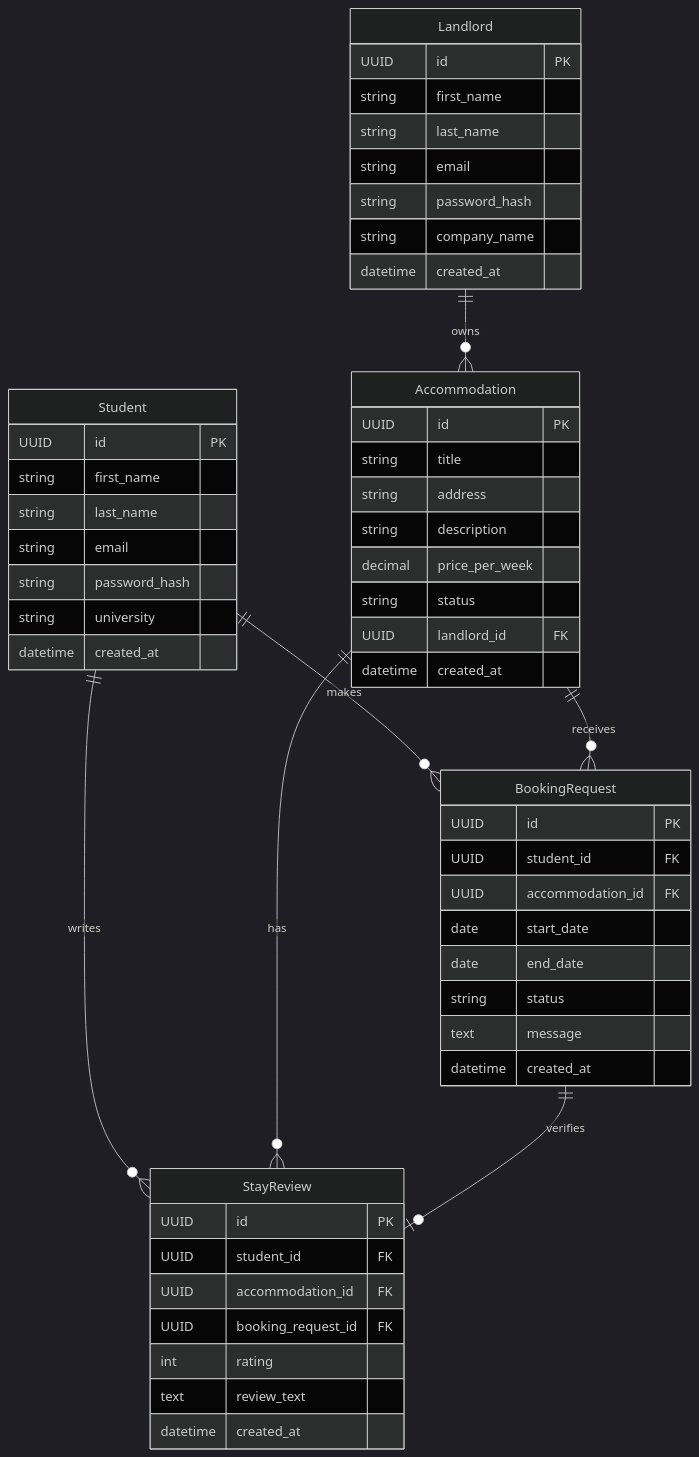
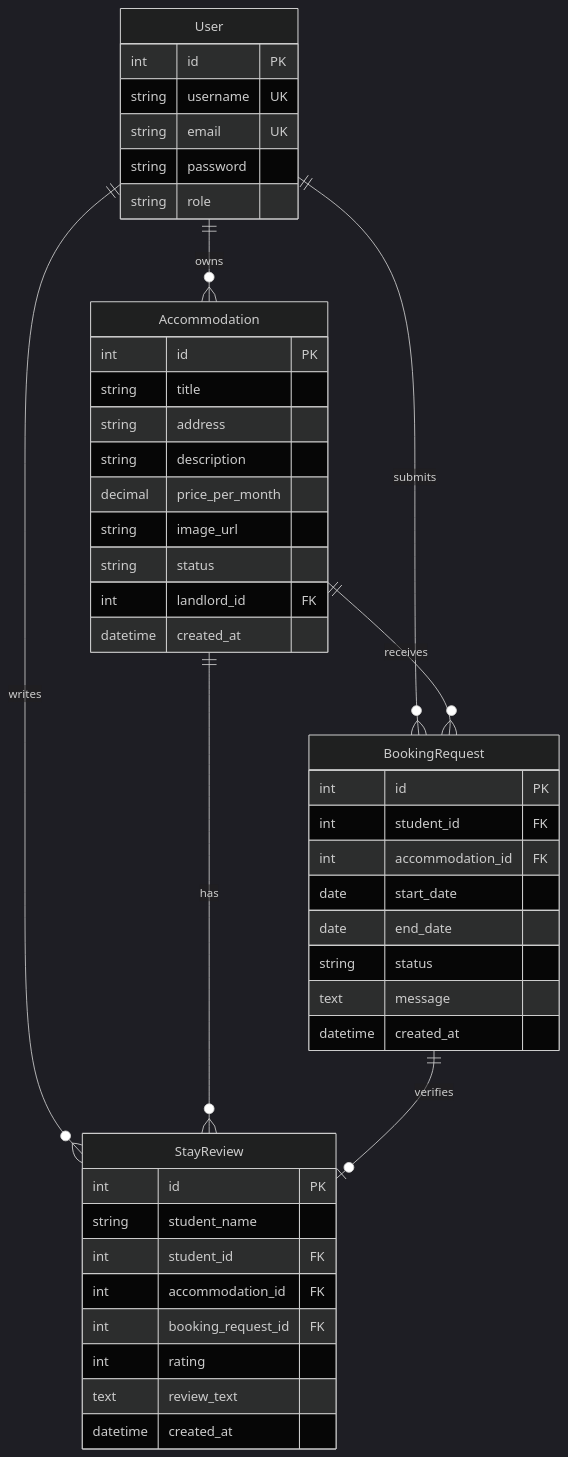
Before and after one commit to KadianR/comp3613a1: the diagram in docs/report.md, drawn with Mermaid (dark theme). The commit also changed other lines of this file and 35 other files, not shown here.

````diff
--- a/docs/report.md
+++ b/docs/report.md
@@ -29,61 +29,51 @@
 ```mermaid
 erDiagram
-  Student {
-    UUID id PK
-    string first_name
-    string last_name
-    string email
-    string password_hash
-    string university
-    datetime created_at
-  }
-
-  Landlord {
-    UUID id PK
-    string first_name
-    string last_name
-    string email
-    string password_hash
-    string company_name
-    datetime created_at
+  User {
+    int id PK
+    string username UK
+    string email UK
+    string password
+    string role
   }
 
   Accommodation {
-    UUID id PK
+    int id PK
     string title
     string address
     string description
-    decimal price_per_week
+    decimal price_per_month
+    string image_url
     string status
-    UUID landlord_id FK
+    int landlord_id FK
     datetime created_at
   }
 
   BookingRequest {
-    UUID id PK
-    UUID student_id FK
-    UUID accommodation_id FK
+    int id PK
+    int student_id FK
+    int accommodation_id FK
     date start_date
     date end_date
     string status
     text message
     datetime created_at
   }
 
   StayReview {
-    UUID id PK
-    UUID student_id FK
-    UUID accommodation_id FK
-    UUID booking_request_id FK
+    int id PK
+    string student_name
+    int student_id FK
+    int accommodation_id FK
+    int booking_request_id FK
     int rating
     text review_text
     datetime created_at
   }
 
-  Student ||--o{ BookingRequest : makes
-  Student ||--o{ StayReview : writes
-  Landlord ||--o{ Accommodation : owns
+  User ||--o{ BookingRequest : submits
+  User ||--o{ StayReview : writes
+  User ||--o{ Accommodation : owns
   Accommodation ||--o{ BookingRequest : receives
   Accommodation ||--o{ StayReview : has
   BookingRequest ||--o| StayReview : verifies
 ```
````
